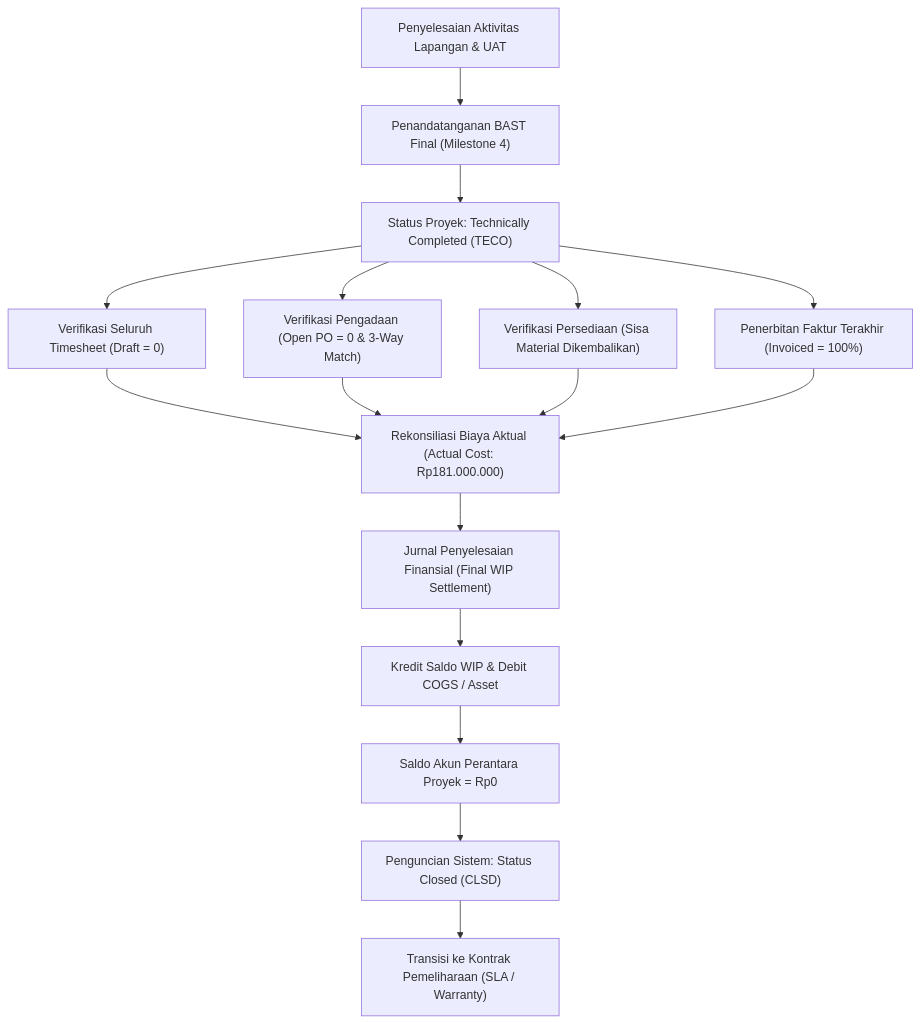
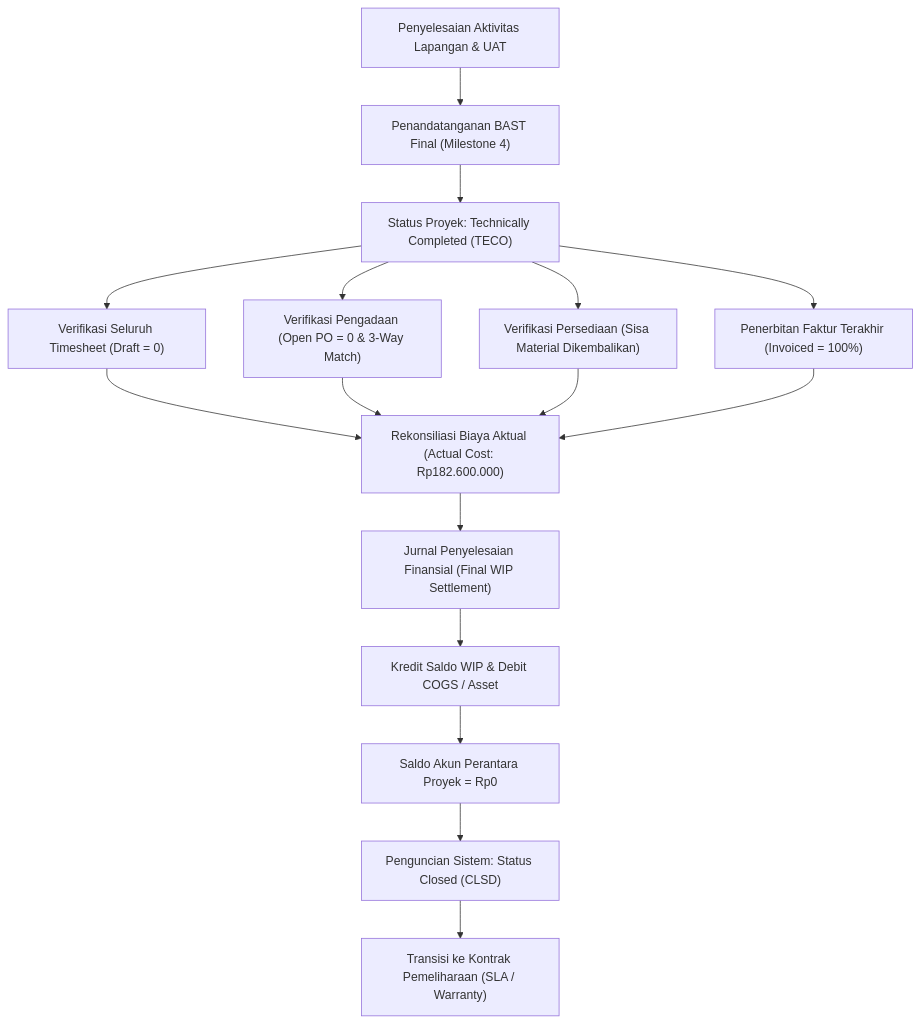
The diagram in content/09-project/project-completion-and-closing.md (alimurrofid/erp-notes), drawn with Mermaid before and after one commit. The commit also changed other lines of this file and 8 other files, not shown here.

````diff
--- a/content/09-project/project-completion-and-closing.md
+++ b/content/09-project/project-completion-and-closing.md
@@ -33,15 +33,15 @@
 ```mermaid
 flowchart TD
     A["Penyelesaian Aktivitas Lapangan & UAT"] --> B["Penandatanganan BAST Final (Milestone 4)"]
     B --> C["Status Proyek: Technically Completed (TECO)"]
     C --> D["Verifikasi Seluruh Timesheet (Draft = 0)"]
     C --> E["Verifikasi Pengadaan (Open PO = 0 & 3-Way Match)"]
     C --> F["Verifikasi Persediaan (Sisa Material Dikembalikan)"]
     C --> G["Penerbitan Faktur Terakhir (Invoiced = 100%)"]
-    D & E & F & G --> H["Rekonsiliasi Biaya Aktual (Actual Cost: Rp181.000.000)"]
+    D & E & F & G --> H["Rekonsiliasi Biaya Aktual (Actual Cost: Rp182.600.000)"]
     H --> I["Jurnal Penyelesaian Finansial (Final WIP Settlement)"]
     I --> J["Kredit Saldo WIP & Debit COGS / Asset"]
     J --> K["Saldo Akun Perantara Proyek = Rp0"]
     K --> L["Penguncian Sistem: Status Closed (CLSD)"]
     L --> M["Transisi ke Kontrak Pemeliharaan (SLA / Warranty)"]
 ```
````
